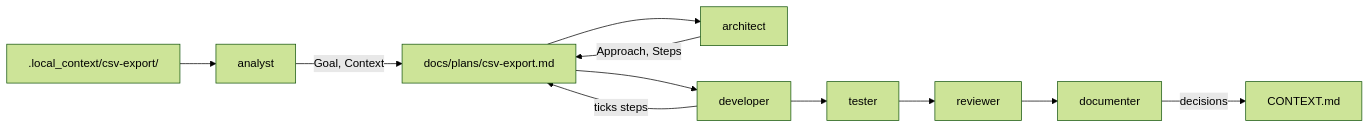
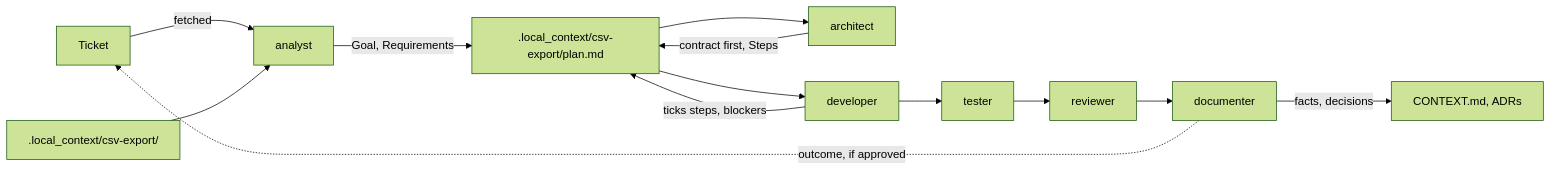
One commit to Zejnilovic/agentic-defaults changed the diagram in README.md. Above: the diagram before and after it, drawn with Mermaid (forest theme). The commit also changed other lines of this file and 35 other files, not shown here.

First line of the commit message:
Add kit 0.2.0: local plans, context checks, contracts, research agents

````diff
--- a/README.md
+++ b/README.md
@@ -71,11 +76,13 @@
 ```mermaid
 flowchart LR
+  ticket["Ticket"] -->|"fetched"| analyst
   notes[".local_context/csv-export/"] --> analyst
-  analyst -->|"Goal, Context"| plan["docs/plans/csv-export.md"]
+  analyst -->|"Goal, Requirements"| plan[".local_context/csv-export/plan.md"]
   plan --> architect
-  architect -->|"Approach, Steps"| plan
+  architect -->|"contract first, Steps"| plan
   plan --> developer
-  developer -->|"ticks steps"| plan
+  developer -->|"ticks steps, blockers"| plan
   developer --> tester --> reviewer --> documenter
-  documenter -->|"decisions"| ctx["CONTEXT.md"]
+  documenter -->|"facts, decisions"| ctx["CONTEXT.md, ADRs"]
+  documenter -.->|"outcome, if approved"| ticket
 ```
````
